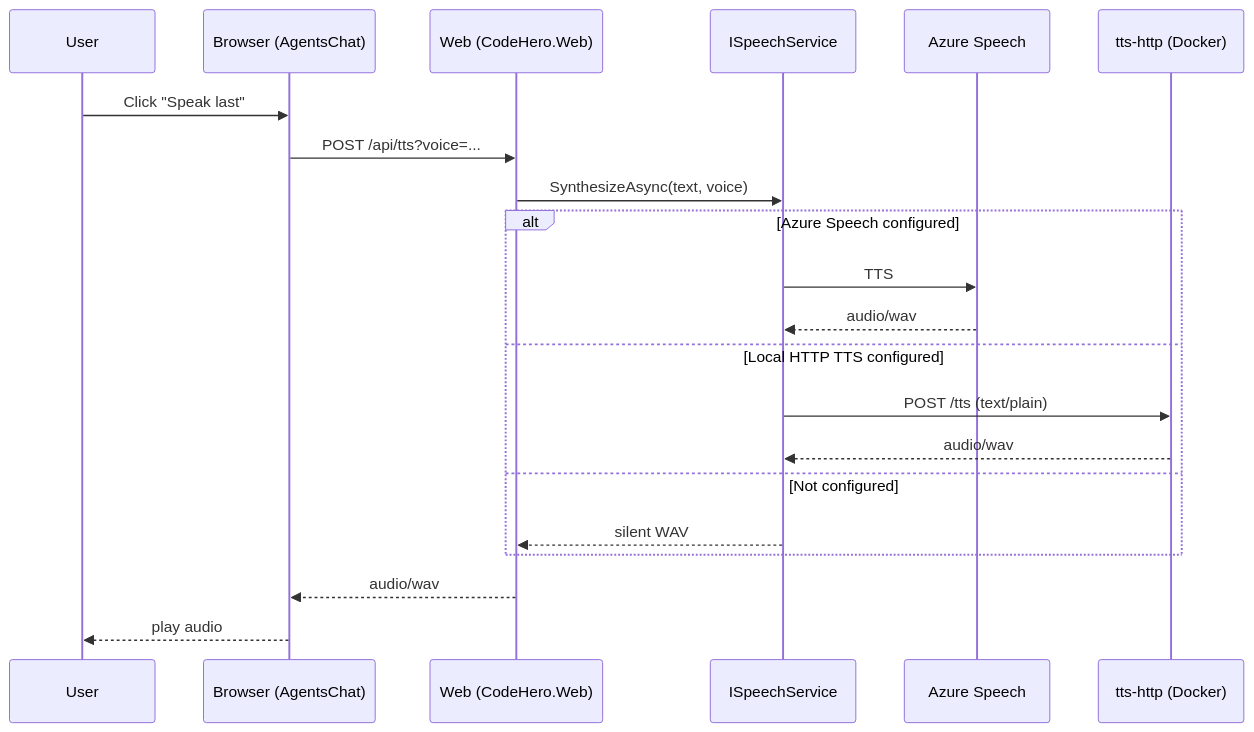
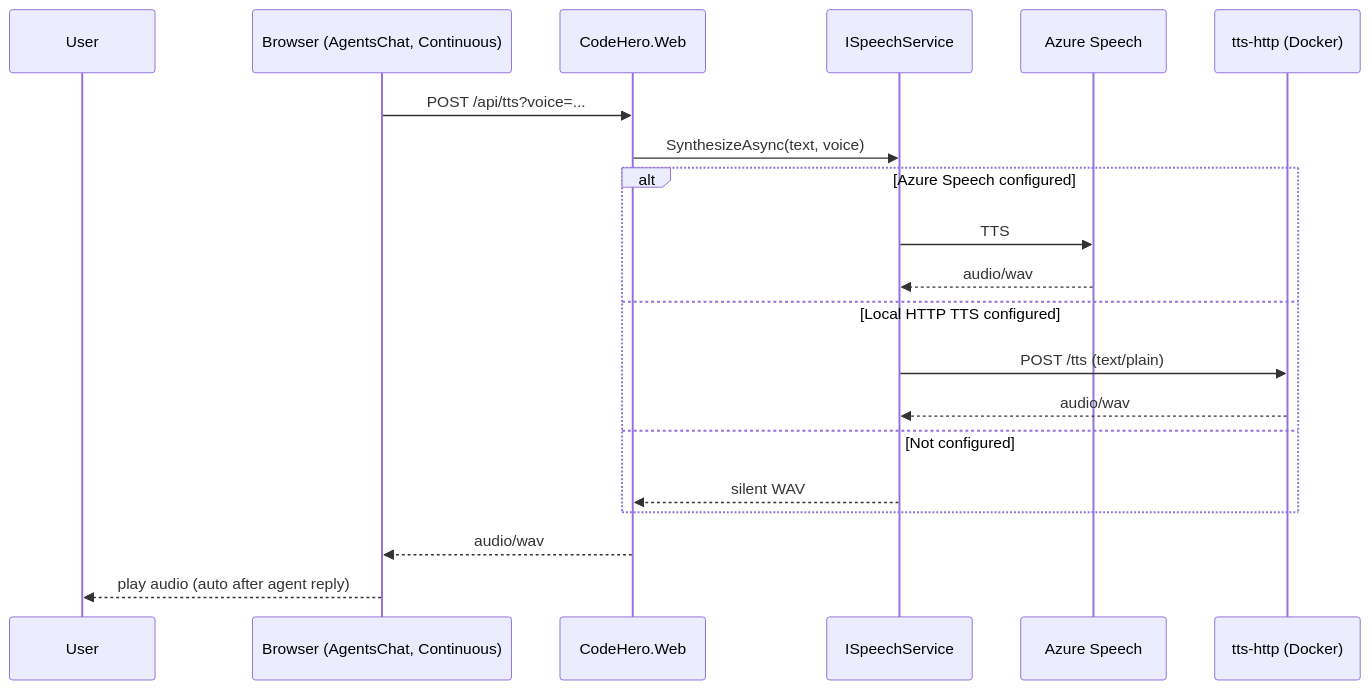
Before and after one commit to GrantMill/CodeHero: the diagram in docs/architecture/sequence-tts.mmd, drawn with Mermaid. The commit also changed 6 other files, not shown here.

```diff
--- a/docs/architecture/sequence-tts.mmd
+++ b/docs/architecture/sequence-tts.mmd
@@ -1,22 +1,21 @@
 sequenceDiagram
   participant User
-  participant Browser as Browser (AgentsChat)
-  participant Web as Web (CodeHero.Web)
+  participant Browser as Browser (AgentsChat, Continuous)
+  participant Web as CodeHero.Web
   participant Speech as ISpeechService
   participant AzureSpeech as Azure Speech
   participant HttpTts as tts-http (Docker)
 
-  User->>Browser: Click "Speak last"
   Browser->>Web: POST /api/tts?voice=...
   Web->>Speech: SynthesizeAsync(text, voice)
   alt Azure Speech configured
     Speech->>AzureSpeech: TTS
     AzureSpeech-->>Speech: audio/wav
   else Local HTTP TTS configured
     Speech->>HttpTts: POST /tts (text/plain)
     HttpTts-->>Speech: audio/wav
   else Not configured
     Speech-->>Web: silent WAV
   end
   Web-->>Browser: audio/wav
-  Browser-->>User: play audio
+  Browser-->>User: play audio (auto after agent reply)
```
